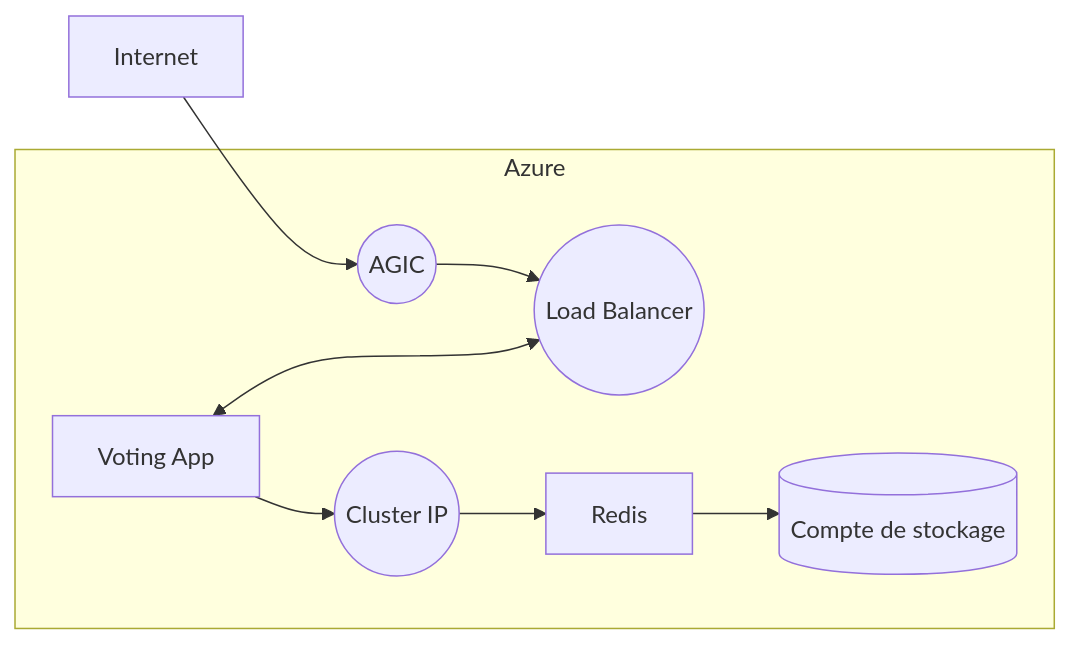
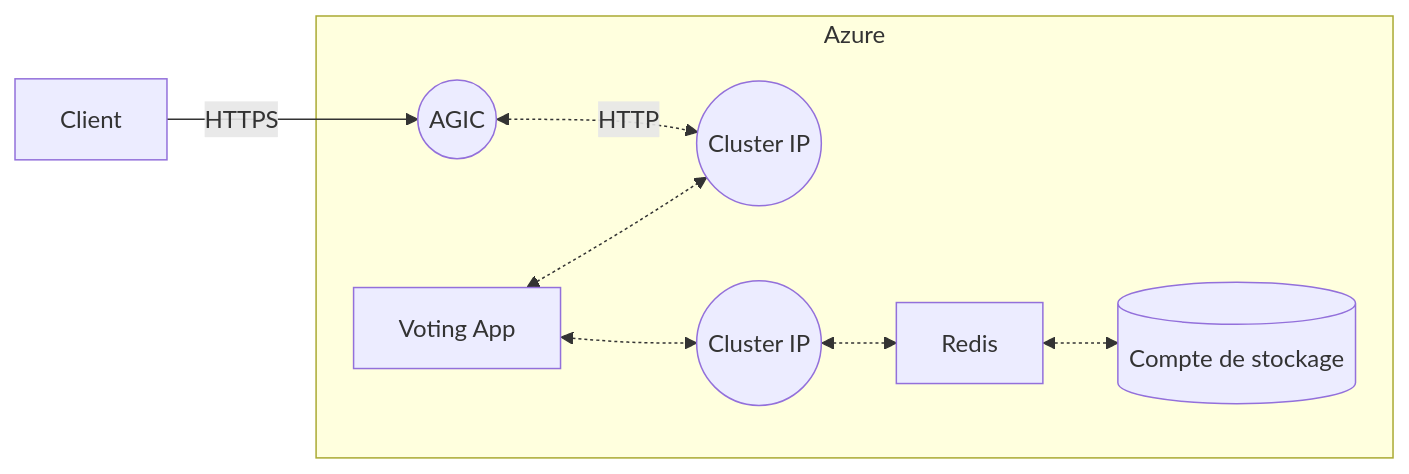
One commit to DevSoleo/simplon-brief-6 changed the diagram in README.md. Above: the diagram before and after it, drawn with Mermaid.

````diff
--- a/README.md
+++ b/README.md
@@ -92,12 +92,12 @@
 ```mermaid
 flowchart LR
 
-    internet[Internet] --> ingress((AGIC))
+    client[Client] -- HTTPS --> ingress((AGIC))
 
     subgraph azure[Azure]
-        ingress --> load_balancer((Load Balancer))
-        voting_app <---> load_balancer
-        redis[Redis] --> storage_account[(Compte de stockage)]
-        voting_app[Voting App] --> cluster_ip((Cluster IP)) --> redis
+        ingress <-. HTTP .-> service((Cluster IP))
+        voting_app <-.-> service
+        redis[Redis] <-.-> storage_account[(Compte de stockage)]
+        voting_app[Voting App] <-.-> cluster_ip((Cluster IP)) <-.-> redis
     end
 ```
````
